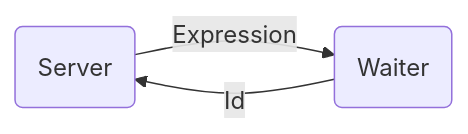
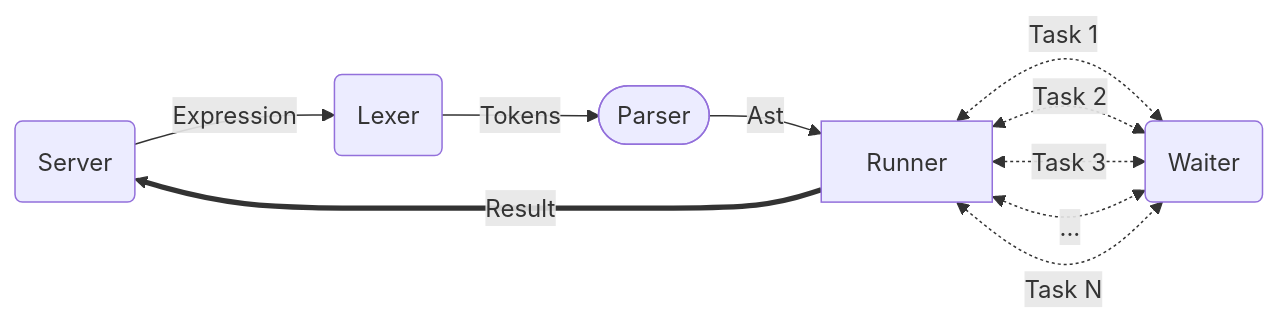
Before and after one commit to vandi37/Calculator: the second of 9 diagrams in README.md, drawn with Mermaid. The commit also changed other lines of this file, not shown here.

````diff
--- a/README.md
+++ b/README.md
@@ -124,6 +183,15 @@
-	```mermaid
+	 ```mermaid
 	graph LR
 
- 	Server("Server") --> |"Expression"| Waiter("Waiter") --> |"Id"| Server
-		
+ 	Server("Server") --> |"Expression"| Lexer("Lexer") --> |"Tokens"| Parser(["Parser"]) --> |"Ast"| Runner;
+
+  	Runner <-.-> |"Task 1"| Waiter("Waiter")
+  	Runner  <-.->|"Task 2"| Waiter
+  	Runner  <-.->|"Task 3"| Waiter 
+  	Runner <-.-> |"..."| Waiter
+  	Runner <-.-> |"Task N"| Waiter
+
+  	Runner ==> |"Result"| Server
+	
+  	
 	```
````
